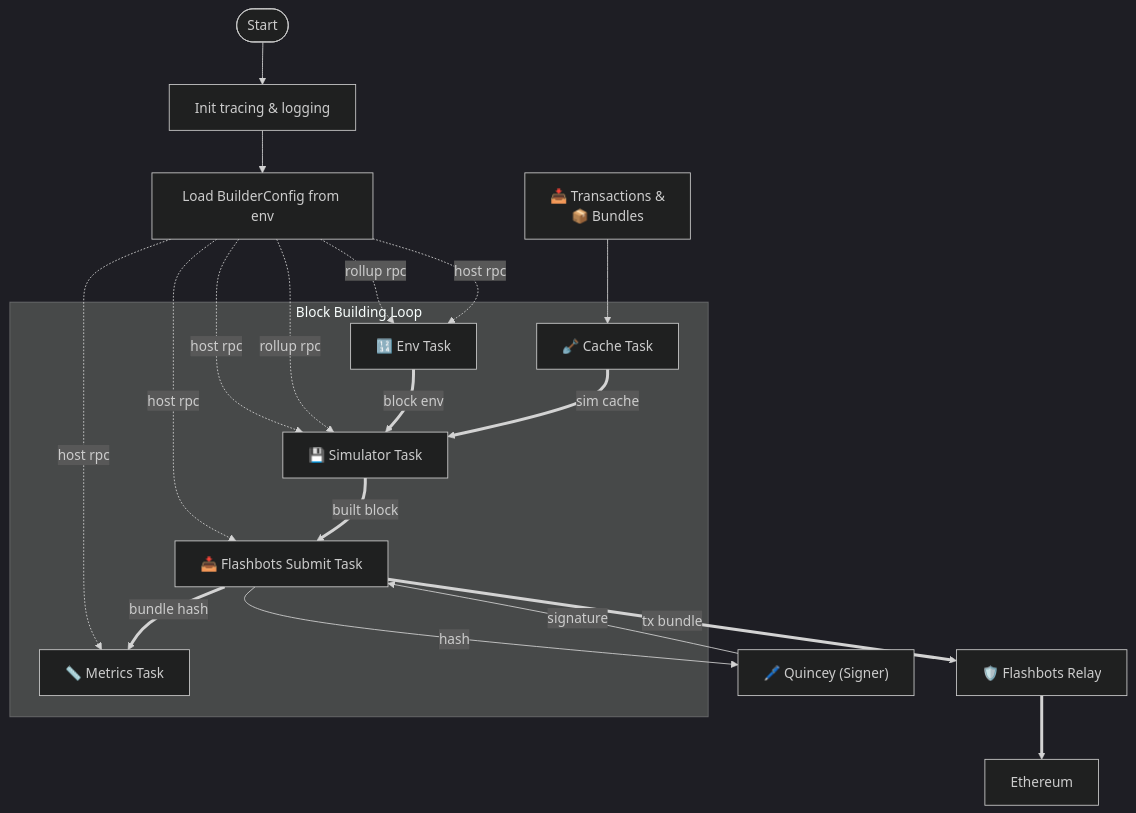
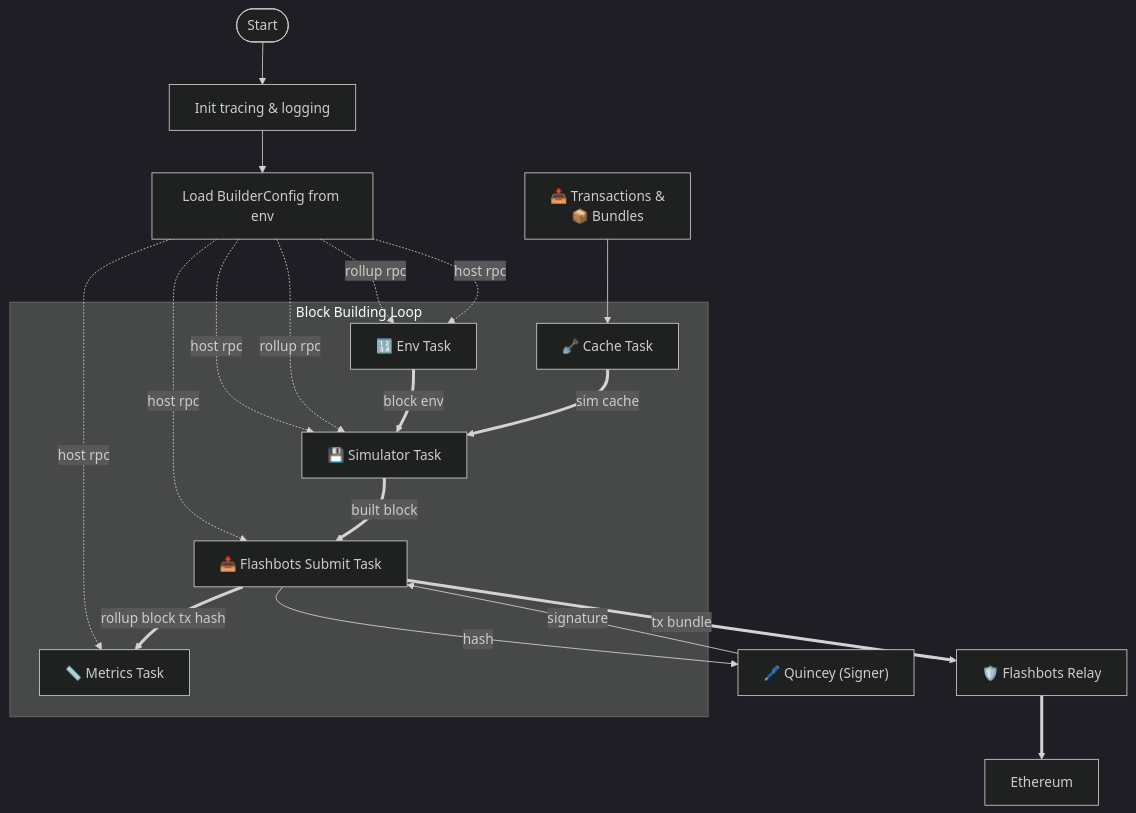
The diagram in README.md (init4tech/builder), drawn with Mermaid before and after one commit. The commit also changed other lines of this file, not shown here.

Commit message:
moar cleanup

````diff
--- a/README.md
+++ b/README.md
@@ -19,44 +19,44 @@
 ```mermaid
 %%{ init : { "theme" : "dark" } }%%
 flowchart TD
    %% Initialization
    Start(["Start"]) --> Init["Init tracing & logging"]
    Init --> Config["Load BuilderConfig from env"]
 
    Inbound["📥 Transactions &
    📦 Bundles"] --> Cache["🪏 Cache Task"]
    Quincey["🖊️ Quincey (Signer)"]
 
    %% Block building loop
    subgraph BuilderLoop["Block Building Loop"]
       Env["🔢 Env Task"]
       Cache["🪏 Cache Task"]
       Simulator["💾 Simulator Task"]
       Metrics["📏 Metrics Task"]
       FlashbotsSubmit["📥 Flashbots Submit Task"]
    end
 
    %% Signing
    FlashbotsSubmit --hash--> Quincey
    Quincey -- signature --> FlashbotsSubmit
 
    %% Config wiring
    Config -.rollup rpc.-> Env
    Config -.host rpc.-> Env
    Config -.host rpc.-> Simulator
    Config -.rollup rpc.-> Simulator
    Config -.host rpc.-> Metrics
    Config -.host rpc.-> FlashbotsSubmit
 
    %% Core flow
    Env ==block env==> Simulator
    Cache ==sim cache==> Simulator
    Simulator ==built block==> FlashbotsSubmit
 
    %% Network submission
    FlashbotsSubmit ==>|"tx bundle"| FlashbotsRelay["🛡️ Flashbots Relay"]
    FlashbotsRelay ==> Ethereum
 
    %% Metrics
-   FlashbotsSubmit ==bundle hash==> Metrics
+   FlashbotsSubmit ==rollup block tx hash==> Metrics
 ```
````
